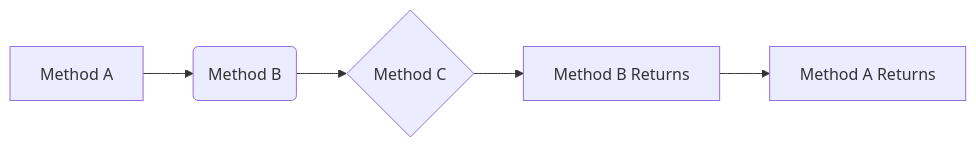
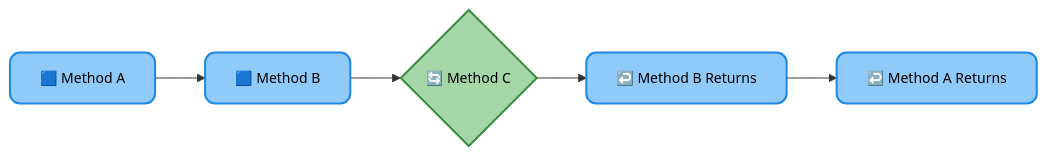
One commit to infoyouth/infoyouth.github.io changed the fifth of 5 diagrams in _posts/2025-01-06-15.-memory-allocation-in-java.md. Above: the diagram before and after it, drawn with Mermaid. The commit also changed other lines of this file and 2 other files, not shown here.

````diff
--- a/_posts/2025-01-06-15.-memory-allocation-in-java.md
+++ b/_posts/2025-01-06-15.-memory-allocation-in-java.md
@@ -406,7 +427,17 @@
 ```mermaid
 graph LR
-A[Method A] --> B(Method B);
-B --> C{Method C};
-C --> D[Method B Returns];
-D --> E[Method A Returns];
+    classDef methodStyle fill:#90CAF9,stroke:#1E88E5,color:#000000,font-size:14px,stroke-width:2px,rx:10px;
+    classDef decisionStyle fill:#A5D6A7,stroke:#388E3C,color:#000000,font-size:14px,stroke-width:2px,rx:10px;
+
+    A[🟦 Method A] --> B[🟦 Method B];
+    B --> C{🔄 Method C};
+    C --> D[↩️ Method B Returns];
+    D --> E[↩️ Method A Returns];
+
+    class A methodStyle;
+    class B methodStyle;
+    class C decisionStyle;
+    class D methodStyle;
+    class E methodStyle;
+
 ```
````
